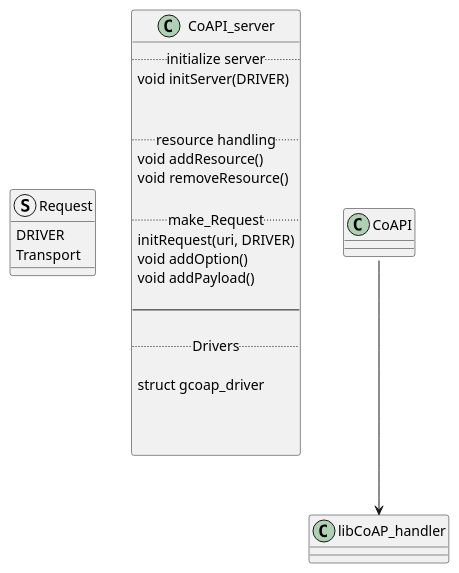
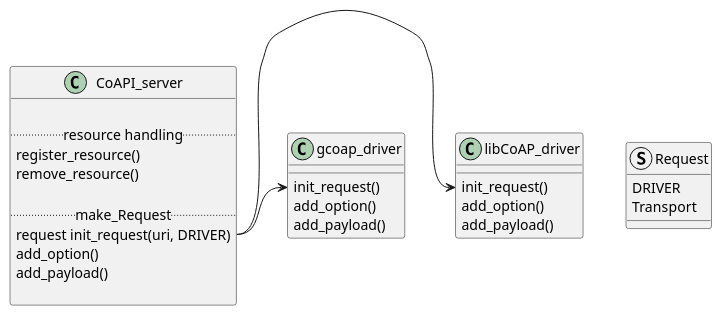
Before and after one commit to triess/CARO: the diagram in Documentation/class.plantuml, drawn with PlantUML. The commit also changed 1 other file, not shown here.

```diff
--- a/Documentation/class.plantuml
+++ b/Documentation/class.plantuml
@@ -1,39 +1,36 @@
 @startuml
 
 struct Request{
     DRIVER
     Transport
 }
 
 
 class CoAPI_server{
-.. initialize server ..
-    void initServer(DRIVER)
-    
 
 .. resource handling ..
-    void addResource()
-    void removeResource() 
+    register_resource()
+    remove_resource() 
 
 .. make_Request ..
-    initRequest(uri, DRIVER)
-    void addOption()
-    void addPayload()
-    
---
-
-.. Drivers..
-
-struct gcoap_driver
-
-
+    request init_request(uri, DRIVER)
+    add_option()
+    add_payload()
     
 }
-
-class libCoAP_handler{
-
+class gcoap_driver{
+    init_request()
+    add_option()
+    add_payload()
 }
 
-CoAPI::initRequest --> libCoAP_handler
+class libCoAP_driver{
+    init_request()
+    add_option()
+    add_payload()
+}
+
+CoAPI_server::init_request -> libCoAP_driver::init_request
+CoAPI_server::init_request -> gcoap_driver::init_request
 
 @enduml
```
